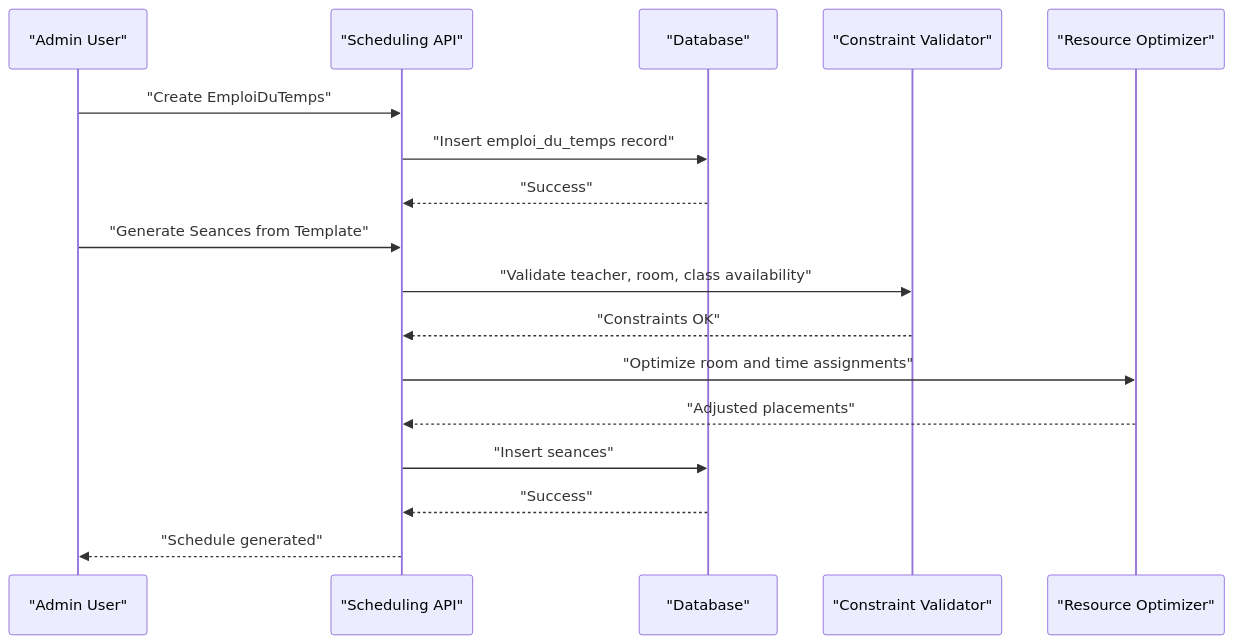
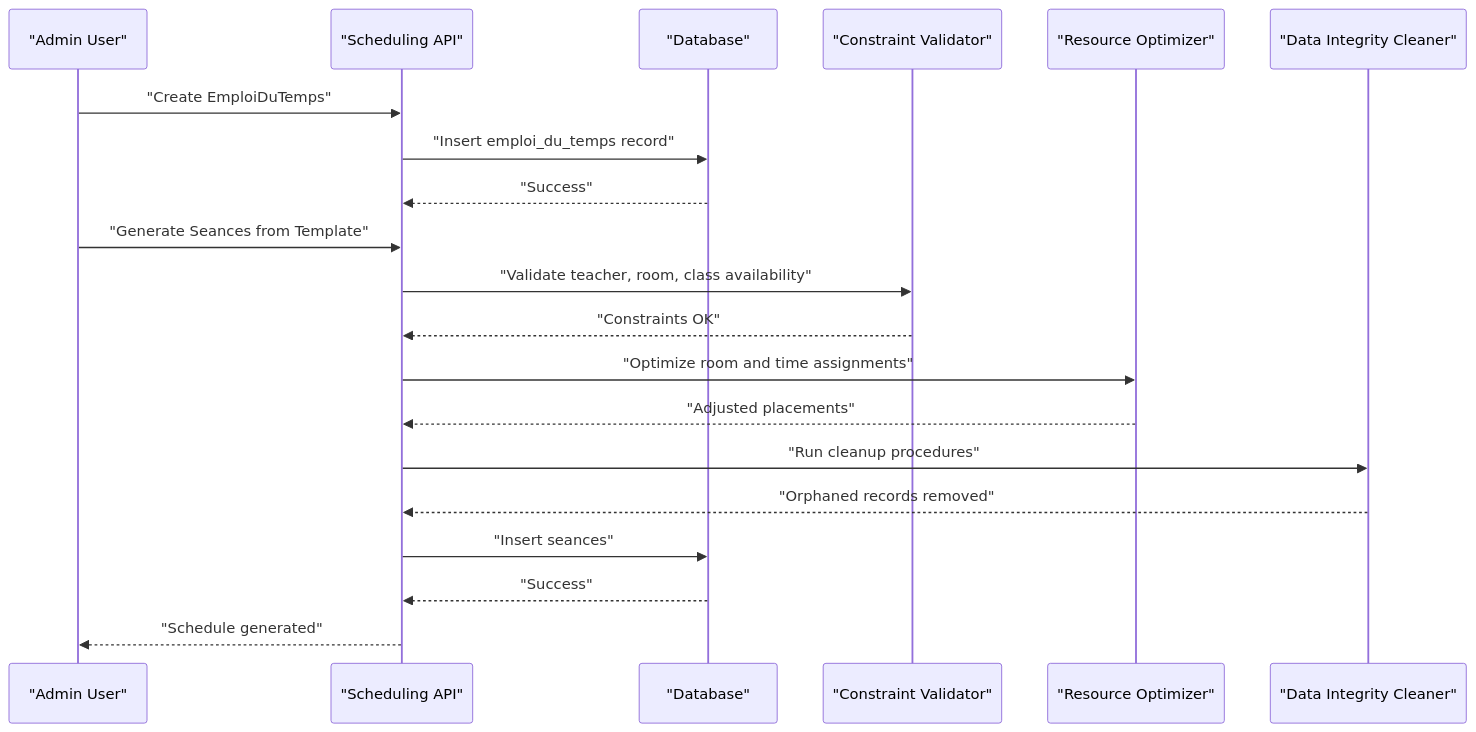
Before and after one commit to franckylab/eLISAschool: the sixth of 7 diagrams in .qoder/repowiki/en/content/Database Schema Design/Academic Schema/Class & Scheduling System.md, drawn with Mermaid. The commit also changed other lines of this file and 49 other files, not shown here.

````diff
--- a/.qoder/repowiki/en/content/Database Schema Design/Academic Schema/Class & Scheduling System.md
+++ b/.qoder/repowiki/en/content/Database Schema Design/Academic Schema/Class & Scheduling System.md
@@ -514,19 +609,22 @@
 ```mermaid
 sequenceDiagram
 participant Admin as "Admin User"
 participant API as "Scheduling API"
 participant DB as "Database"
 participant Validator as "Constraint Validator"
 participant Optimizer as "Resource Optimizer"
+participant Cleaner as "Data Integrity Cleaner"
 Admin->>API : "Create EmploiDuTemps"
 API->>DB : "Insert emploi_du_temps record"
 DB-->>API : "Success"
 Admin->>API : "Generate Seances from Template"
 API->>Validator : "Validate teacher, room, class availability"
 Validator-->>API : "Constraints OK"
 API->>Optimizer : "Optimize room and time assignments"
 Optimizer-->>API : "Adjusted placements"
+API->>Cleaner : "Run cleanup procedures"
+Cleaner-->>API : "Orphaned records removed"
 API->>DB : "Insert seances"
 DB-->>API : "Success"
 API-->>Admin : "Schedule generated"
 ```
````
